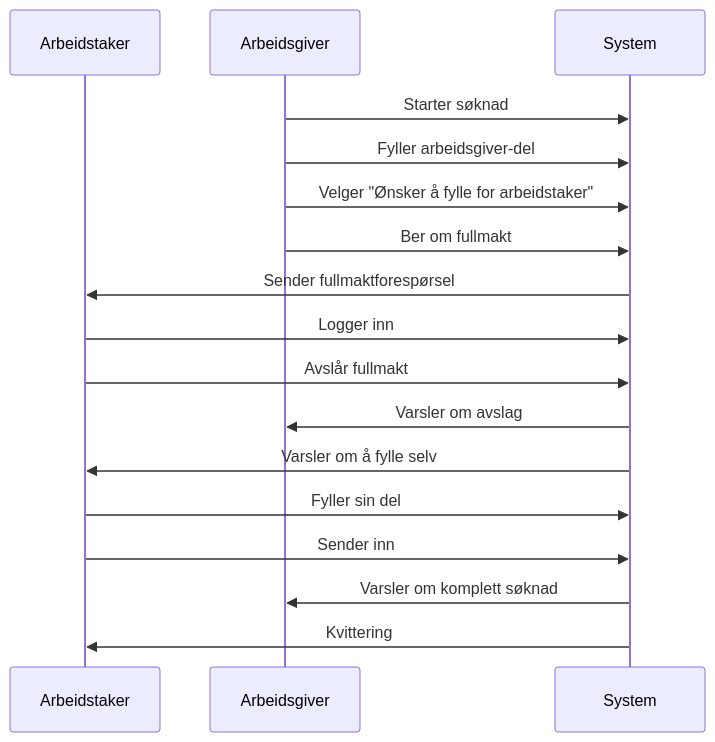
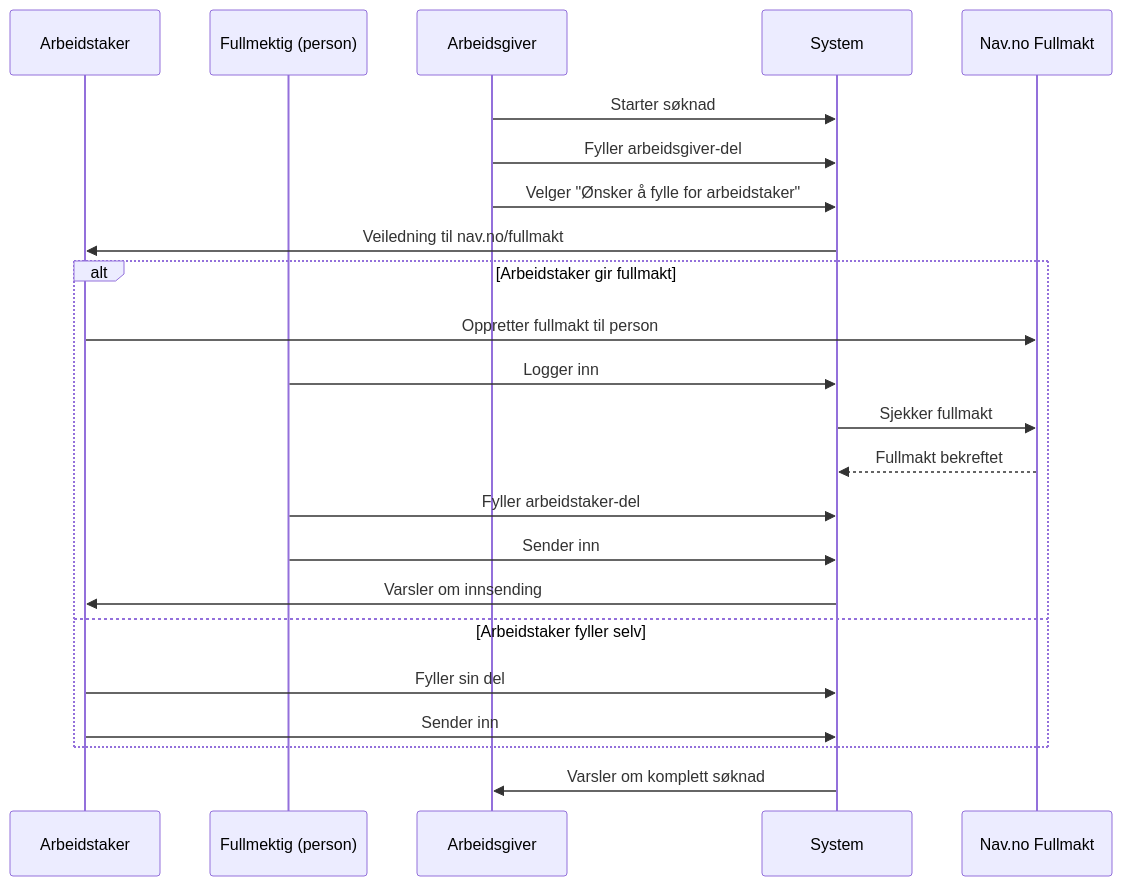
Before and after one commit to navikt/melosys-skjema-api: the fourth of 10 diagrams in README.md, drawn with Mermaid. The commit also changed other lines of this file and 2 other files, not shown here.

Commit message:
Oppdater dokumentasjon (#64)
* Oppdater timeline

* Førsteutkast dokumentasjon rundt fullmakt

````diff
--- a/README.md
+++ b/README.md
@@ -280,23 +285,28 @@
 ```mermaid
 sequenceDiagram
     participant AT as Arbeidstaker
+    participant FM as Fullmektig (person)
     participant AG as Arbeidsgiver
     participant System as System
-    
+    participant NavFullmakt as Nav.no Fullmakt
+
     AG->>System: Starter søknad
     AG->>System: Fyller arbeidsgiver-del
     AG->>System: Velger "Ønsker å fylle for arbeidstaker"
-    AG->>System: Ber om fullmakt
-    System->>AT: Sender fullmaktforespørsel
-    
-    AT->>System: Logger inn
-    AT->>System: Avslår fullmakt
-    System->>AG: Varsler om avslag
-    System->>AT: Varsler om å fylle selv
-    
-    AT->>System: Fyller sin del
-    AT->>System: Sender inn
-    
+    System->>AT: Veiledning til nav.no/fullmakt
+
+    alt Arbeidstaker gir fullmakt
+        AT->>NavFullmakt: Oppretter fullmakt til person
+        FM->>System: Logger inn
+        System->>NavFullmakt: Sjekker fullmakt
+        NavFullmakt-->>System: Fullmakt bekreftet
+        FM->>System: Fyller arbeidstaker-del
+        FM->>System: Sender inn
+        System->>AT: Varsler om innsending
+    else Arbeidstaker fyller selv
+        AT->>System: Fyller sin del
+        AT->>System: Sender inn
+    end
+
     System->>AG: Varsler om komplett søknad
-    System->>AT: Kvittering
 ```
````
